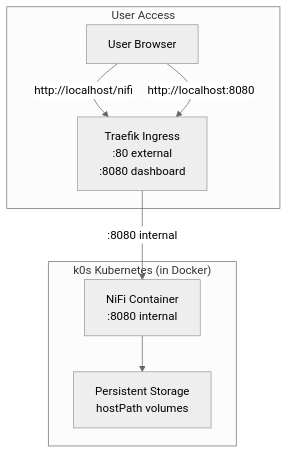
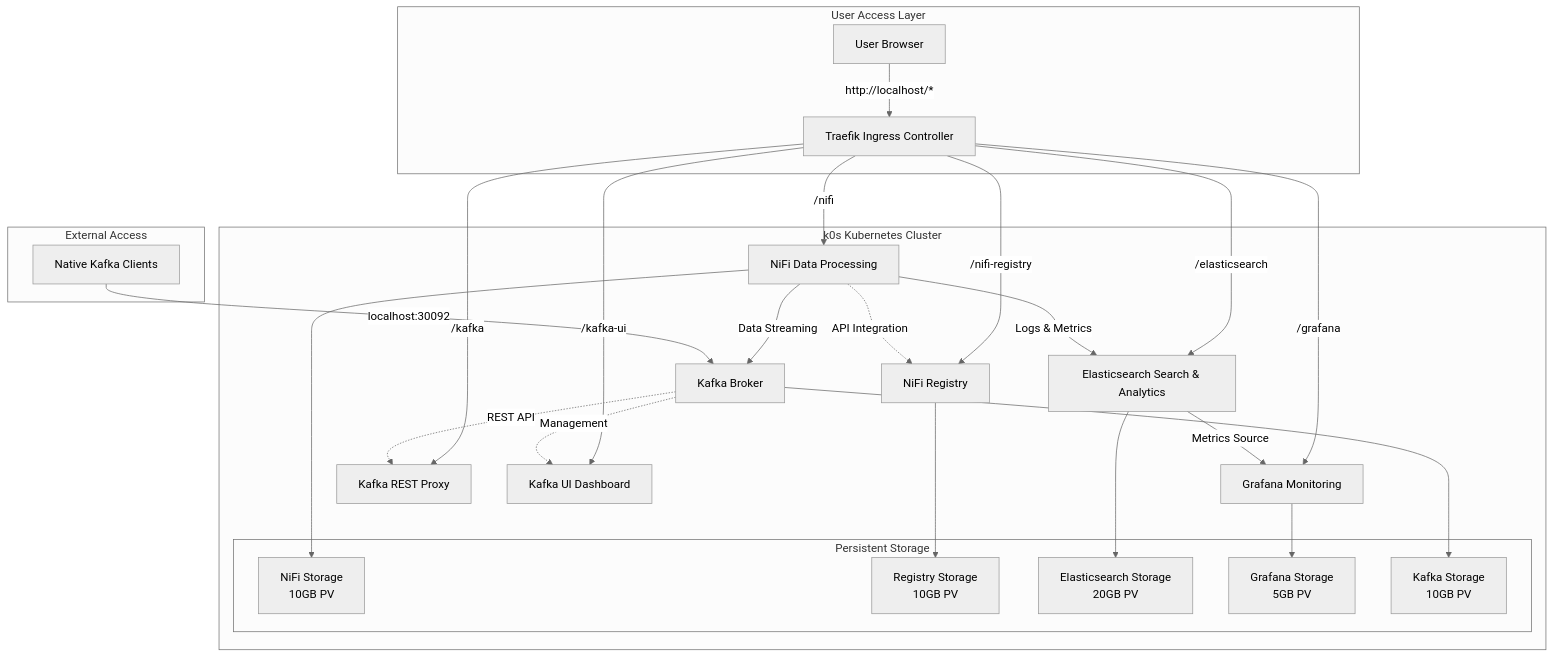
One commit to infometish/InfoMetis changed the first of 2 diagrams in README.md. Above: the diagram before and after it, drawn with Mermaid (neutral theme). The commit also changed other lines of this file and 22 other files, not shown here.

First line of the commit message:
Complete InfoMetis v0.4.0 analytics platform with Kafka integration and comprehensive documentation

````diff
--- a/README.md
+++ b/README.md
@@ -66,14 +93,42 @@
 ```mermaid
 graph TB
-    subgraph "User Access"
+    subgraph "User Access Layer"
         U[User Browser]
-        U -->|http://localhost/nifi| T
-        U -->|http://localhost:8080| T
+        U -->|http://localhost/*| T[Traefik Ingress Controller]
     end
     
-    subgraph "k0s Kubernetes (in Docker)"
-        T[Traefik Ingress<br/>:80 external<br/>:8080 dashboard]
-        T -->|:8080 internal| N[NiFi Container<br/>:8080 internal]
-        N --> S[Persistent Storage<br/>hostPath volumes]
+    subgraph "k0s Kubernetes Cluster"
+        T -->|/nifi| N[NiFi Data Processing]
+        T -->|/nifi-registry| R[NiFi Registry]
+        T -->|/elasticsearch| E[Elasticsearch Search & Analytics]
+        T -->|/grafana| G[Grafana Monitoring]
+        T -->|/kafka| KR[Kafka REST Proxy]
+        T -->|/kafka-ui| KU[Kafka UI Dashboard]
+        
+        N -.->|API Integration| R
+        N -->|Logs & Metrics| E
+        N -->|Data Streaming| K[Kafka Broker]
+        E -->|Metrics Source| G
+        K -.->|REST API| KR
+        K -.->|Management| KU
+        
+        subgraph "Persistent Storage"
+            NS[NiFi Storage<br/>10GB PV]
+            RS[Registry Storage<br/>10GB PV] 
+            ES[Elasticsearch Storage<br/>20GB PV]
+            GS[Grafana Storage<br/>5GB PV]
+            KS[Kafka Storage<br/>10GB PV]
+        end
+        
+        N --> NS
+        R --> RS
+        E --> ES
+        G --> GS
+        K --> KS
+    end
+    
+    subgraph "External Access"
+        NC[Native Kafka Clients]
+        NC -->|localhost:30092| K
     end
 ```
````
